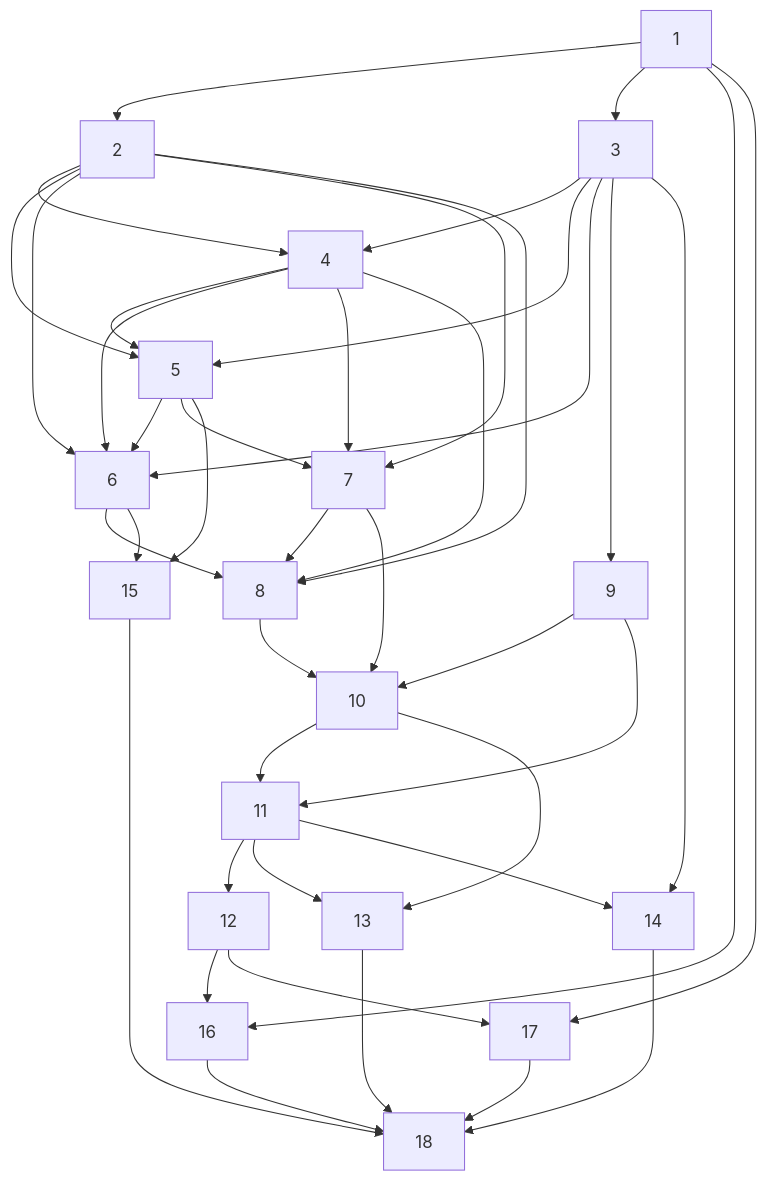
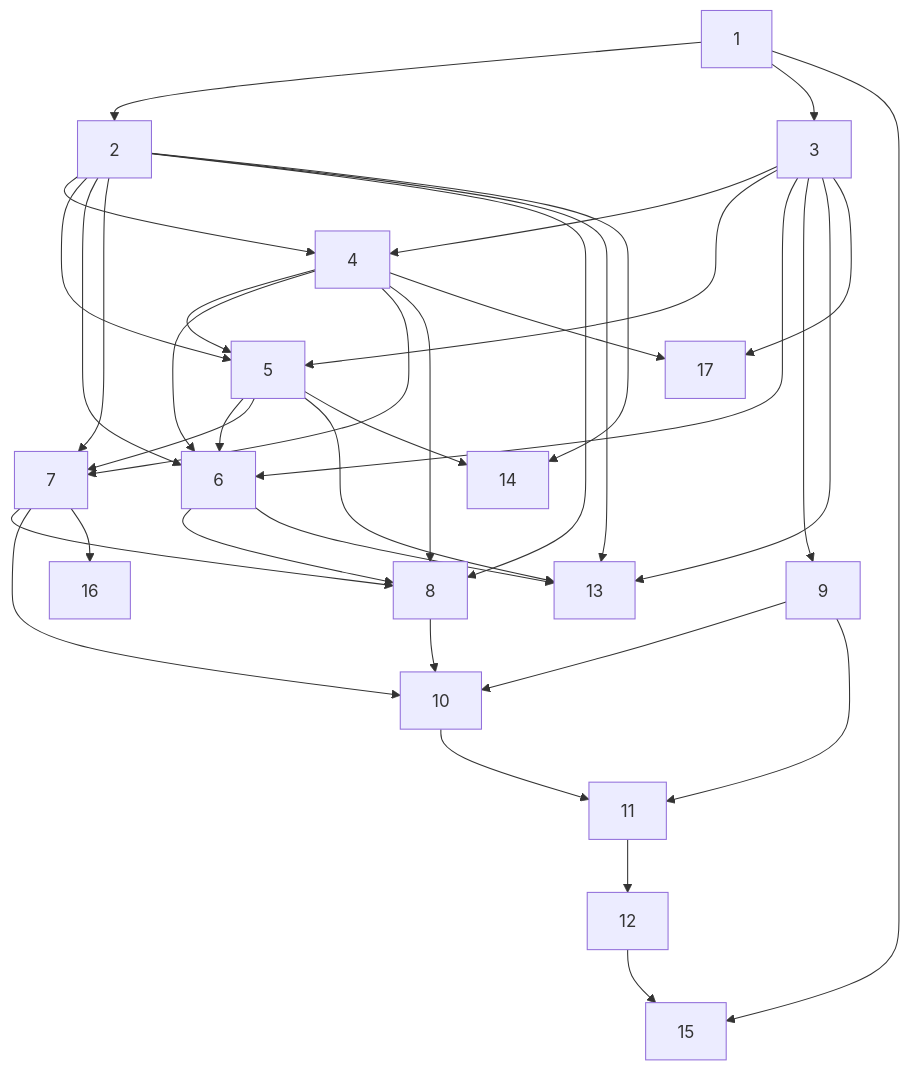
Before and after one commit to DevOsamaIslam/rumbo-granada: the diagram in docs/progress-tracker.md, drawn with Mermaid. The commit also changed other lines of this file and 2 other files, not shown here.

````diff
--- a/docs/progress-tracker.md
+++ b/docs/progress-tracker.md
@@ -293,43 +280,39 @@
 ```mermaid
 graph TD
     1 --> 2
     1 --> 3
     2 --> 4
     2 --> 5
     2 --> 6
     2 --> 7
     2 --> 8
     3 --> 4
     3 --> 5
     3 --> 6
     3 --> 9
     4 --> 5
     4 --> 6
     4 --> 7
     4 --> 8
     5 --> 6
     5 --> 7
     6 --> 8
     7 --> 8
     7 --> 10
     8 --> 10
     9 --> 10
     9 --> 11
     10 --> 11
     11 --> 12
-    10 --> 13
-    11 --> 13
-    3 --> 14
-    11 --> 14
-    5 --> 15
-    6 --> 15
-    1 --> 16
-    12 --> 16
-    1 --> 17
-    12 --> 17
-    13 --> 18
-    14 --> 18
-    15 --> 18
-    16 --> 18
-    17 --> 18
+    2 --> 13
+    3 --> 13
+    5 --> 13
+    6 --> 13
+    2 --> 14
+    5 --> 14
+    1 --> 15
+    12 --> 15
+    7 --> 16
+    3 --> 17
+    4 --> 17
 ```
````
